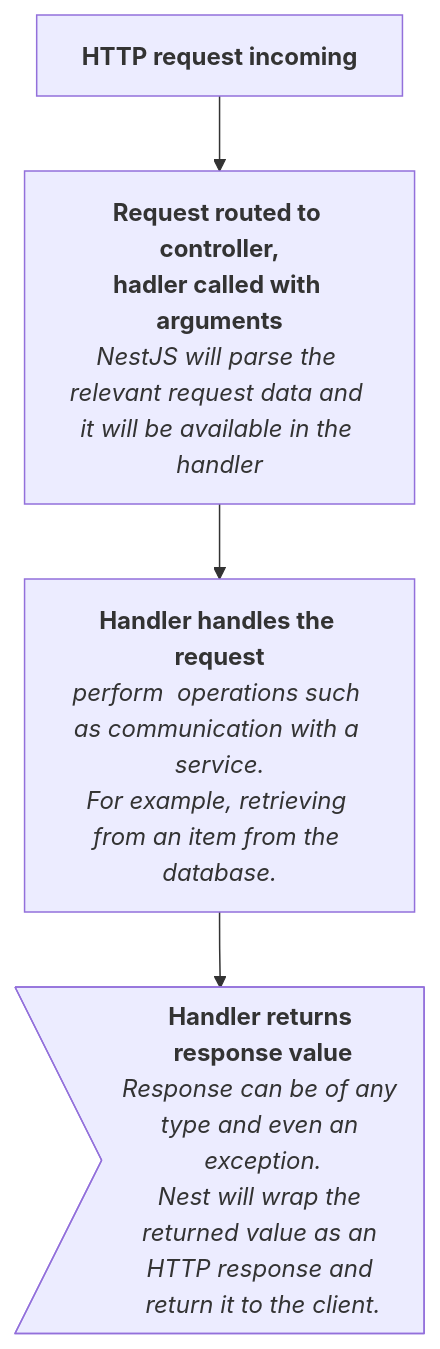
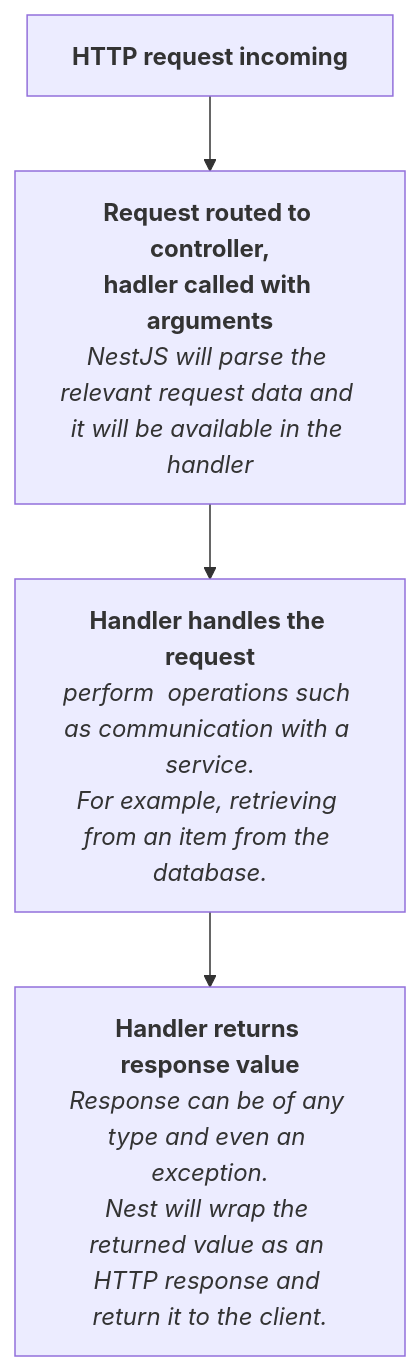
Before and after one commit to albin-joseph/myjslearnings: the diagram in nestjs/NestJs.MD, drawn with Mermaid.

Commit message:
add flowdiagram

````diff
--- a/nestjs/NestJs.MD
+++ b/nestjs/NestJs.MD
@@ -122,20 +122,20 @@
     ```mermaid
         flowchart TD;
             step1["`**HTTP request incoming**`"]
             step2["`**Request routed to controller,
             hadler called with arguments**
             _NestJS will parse the relevant request data and 
             it will be available in the handler_
             `"]
             step1 --> step2
             step3["`**Handler handles the request**
             _perform  operations such as communication with a service.
             For example, retrieving from an item from the database._
             `"]
             step2 --> step3
-            step4>"`**Handler returns response value**
+            step4["`**Handler returns response value**
             _Response can be of any type and even an exception.
             Nest will wrap the returned value as an HTTP response and return it to the client._
             `"]
             step3 --> step4
     ```
````
